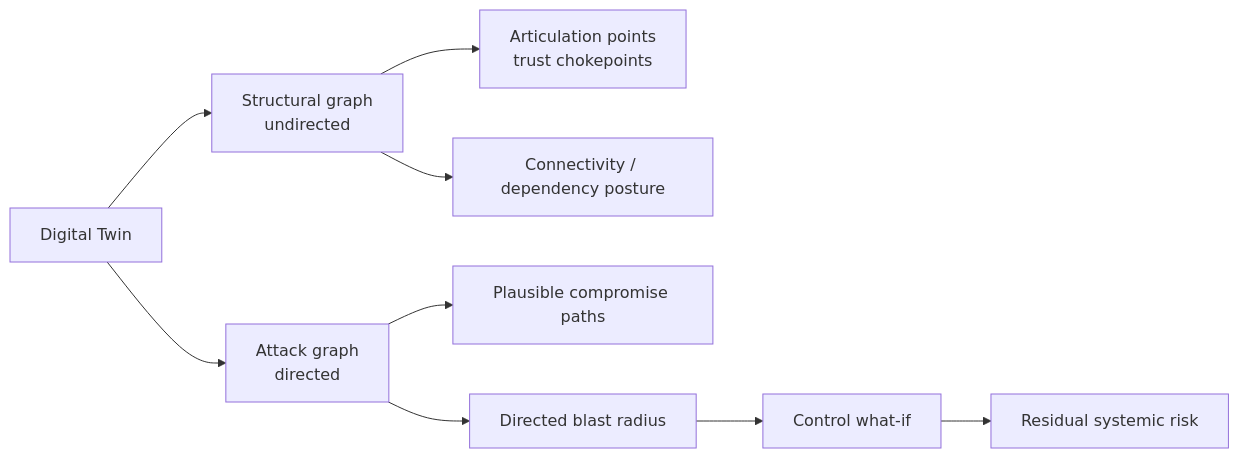
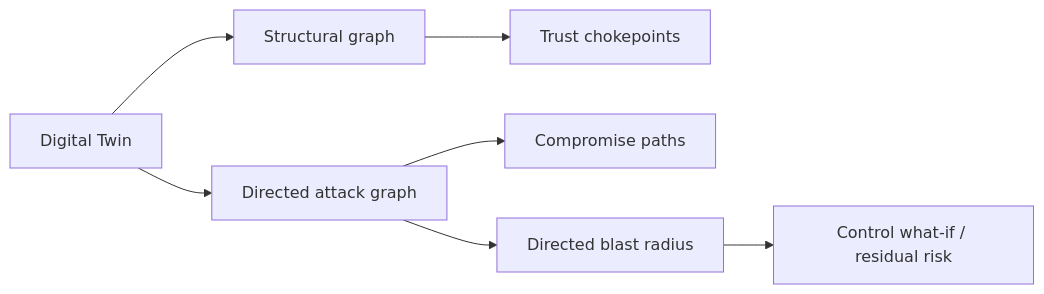
Before and after one commit to VinayK88/ai-datacenter-security-digital-twin: the diagram in README.md, drawn with Mermaid. The commit also changed other lines of this file, not shown here.

````diff
--- a/README.md
+++ b/README.md
@@ -58,13 +60,9 @@
 ```mermaid
 flowchart LR
-    TWIN["Digital Twin"] --> STRUCT["Structural graph\nundirected"]
-    TWIN --> ATTACK["Attack graph\ndirected"]
-
-    STRUCT --> CHOKE["Articulation points\ntrust chokepoints"]
-    STRUCT --> DEGREE["Connectivity / dependency posture"]
-
-    ATTACK --> PATH["Plausible compromise paths"]
-    ATTACK --> BLAST["Directed blast radius"]
-    BLAST --> CTRL["Control what-if"]
-    CTRL --> RESIDUAL["Residual systemic risk"]
+    T[Digital Twin] --> S[Structural graph]
+    T --> A[Directed attack graph]
+    S --> C[Trust chokepoints]
+    A --> P[Compromise paths]
+    A --> B[Directed blast radius]
+    B --> R[Control what-if / residual risk]
 ```
````
